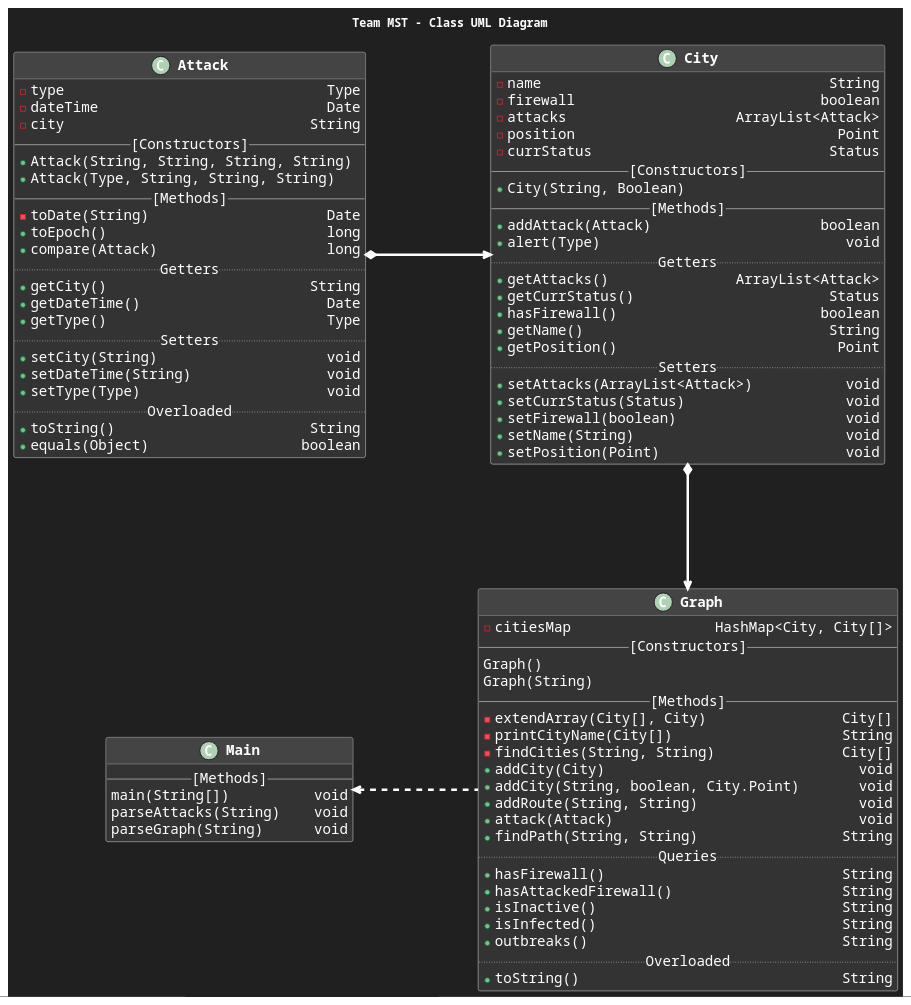
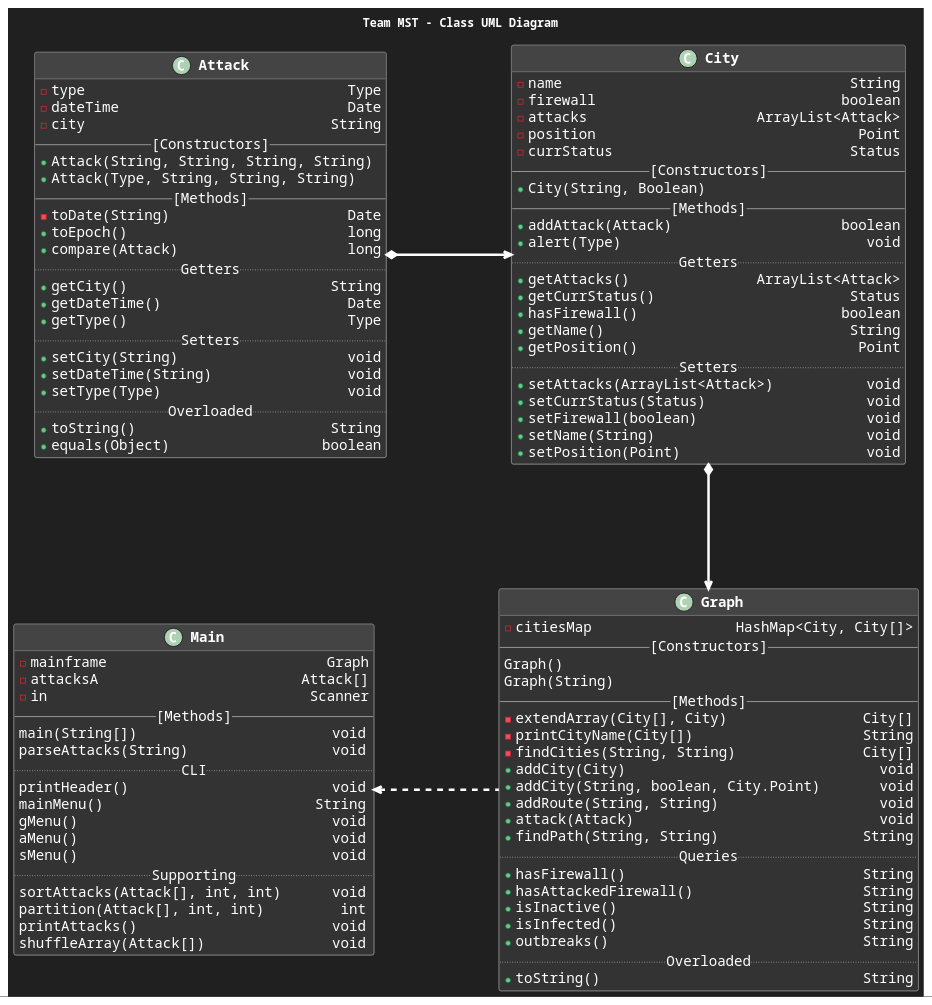
One commit to FusionStreak/MST_TermProject changed the diagram in structure.puml. Above: the diagram before and after it, drawn with PlantUML. The commit also changed 1 other file, not shown here.

Commit message:
Added documentation for `main`

```diff
--- a/structure.puml
+++ b/structure.puml
@@ -1,110 +1,123 @@
 @startuml GeneralStructure
 
 skinparam{
     backgroundColor #202020
     defaultFontName Courier
     defaultFontColor #FFFFFF
 
     ClassBackgroundColor #333333
     ClassBorderColor #AAAAAA
     ClassHeaderBackgroundColor #444444
     ClassFontSize 19
     ClassFontStyle bold
     ClassAttributeFontSize 17
     
 
     Linetype orthogonal
     Nodesep 150
     Ranksep 150
     ArrowThickness 3
     ArrowColor #FFFFFF
   
 }
 
 title Team MST - Class UML Diagram
 
 
 class Attack {
   -type                               Type
   -dateTime                           Date
   -city                             String
   --[Constructors]--
   +Attack(String, String, String, String)
   +Attack(Type, String, String, String)
   --[Methods]--
   -toDate(String)                     Date
   +toEpoch()                          long
   +compare(Attack)                    long
   ..Getters..
   +getCity()                        String
   +getDateTime()                      Date
   +getType()                          Type
   ..Setters..
   +setCity(String)                    void
   +setDateTime(String)                void
   +setType(Type)                      void
   ..Overloaded..
   +toString()                       String
   +equals(Object)                  boolean
 }
 
 class City {
   -name                                  String
   -firewall                             boolean
   -attacks                    ArrayList<Attack>
   -position                               Point
   -currStatus                            Status
   --[Constructors]--
   +City(String, Boolean)
   --[Methods]--
   +addAttack(Attack)                    boolean
   +alert(Type)                             void
   ..Getters..
   +getAttacks()               ArrayList<Attack>
   +getCurrStatus()                       Status
   +hasFirewall()                        boolean
   +getName()                             String
   +getPosition()                          Point
   ..Setters..
   +setAttacks(ArrayList<Attack>)           void
   +setCurrStatus(Status)                   void
   +setFirewall(boolean)                    void
   +setName(String)                         void
   +setPosition(Point)                      void
 }
 
 class Graph {
   -citiesMap                 HashMap<City, City[]>
   --[Constructors]--
   Graph()
   Graph(String)
   --[Methods]--
   -extendArray(City[], City)                City[]
   -printCityName(City[])                    String
   -findCities(String, String)               City[]
   +addCity(City)                              void
   +addCity(String, boolean, City.Point)       void
   +addRoute(String, String)                   void
   +attack(Attack)                             void
   +findPath(String, String)                 String
   ..Queries..
   +hasFirewall()                            String
   +hasAttackedFirewall()                    String
   +isInactive()                             String
   +isInfected()                             String
   +outbreaks()                              String
   ..Overloaded..
   +toString()                               String
 }
 
 class Main {
+  -mainframe                          Graph
+  -attacksA                        Attack[]
+  -in                               Scanner
   --[Methods]--
-  main(String[])          void
-  parseAttacks(String)    void
-  parseGraph(String)      void
+  main(String[])                       void
+  parseAttacks(String)                 void
+  ..CLI..
+  printHeader()                        void
+  mainMenu()                         String
+  gMenu()                              void
+  aMenu()                              void
+  sMenu()                              void
+  ..Supporting..
+  sortAttacks(Attack[], int, int)      void
+  partition(Attack[], int, int)         int
+  printAttacks()                       void
+  shuffleArray(Attack[])               void
 }
 
 City <--l--* Attack
 Graph <-u-* City
 Main <..r.. Graph
 @enduml
```
